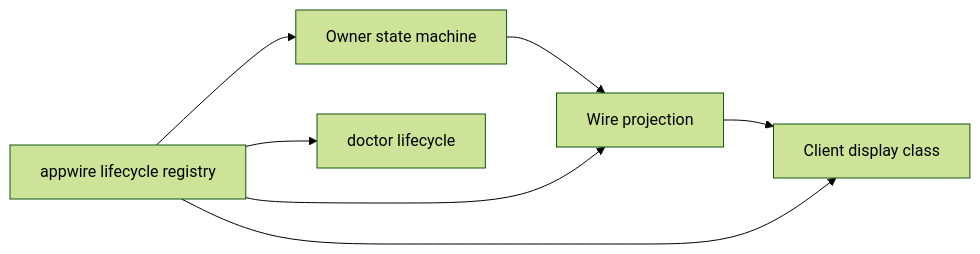
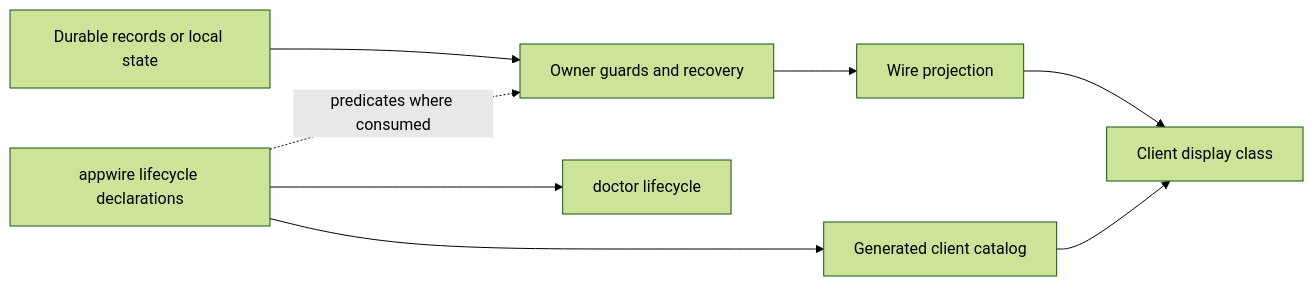
The diagram in docs/product/lifecycles.md (prime-radiant-inc/evener), drawn with Mermaid (forest theme) before and after one commit. The commit also changed other lines of this file and 4 other files, not shown here.

Commit message:
docs(lifecycle): map recovery owners and preserve audit findings

````diff
--- a/docs/product/lifecycles.md
+++ b/docs/product/lifecycles.md
@@ -15,9 +15,10 @@
 ```mermaid
 flowchart LR
-    Owner[Owner state machine] --> Wire[Wire projection]
+    Authority[Durable records or local state] --> Owner[Owner guards and recovery]
+    Owner --> Wire[Wire projection]
     Wire --> Client[Client display class]
-    Registry[appwire lifecycle registry] --> Owner
-    Registry --> Wire
-    Registry --> Client
+    Registry[appwire lifecycle declarations] -.->|predicates where consumed| Owner
+    Registry --> Catalog[Generated client catalog]
+    Catalog --> Client
     Registry --> Doctor[doctor lifecycle]
 ```
````
